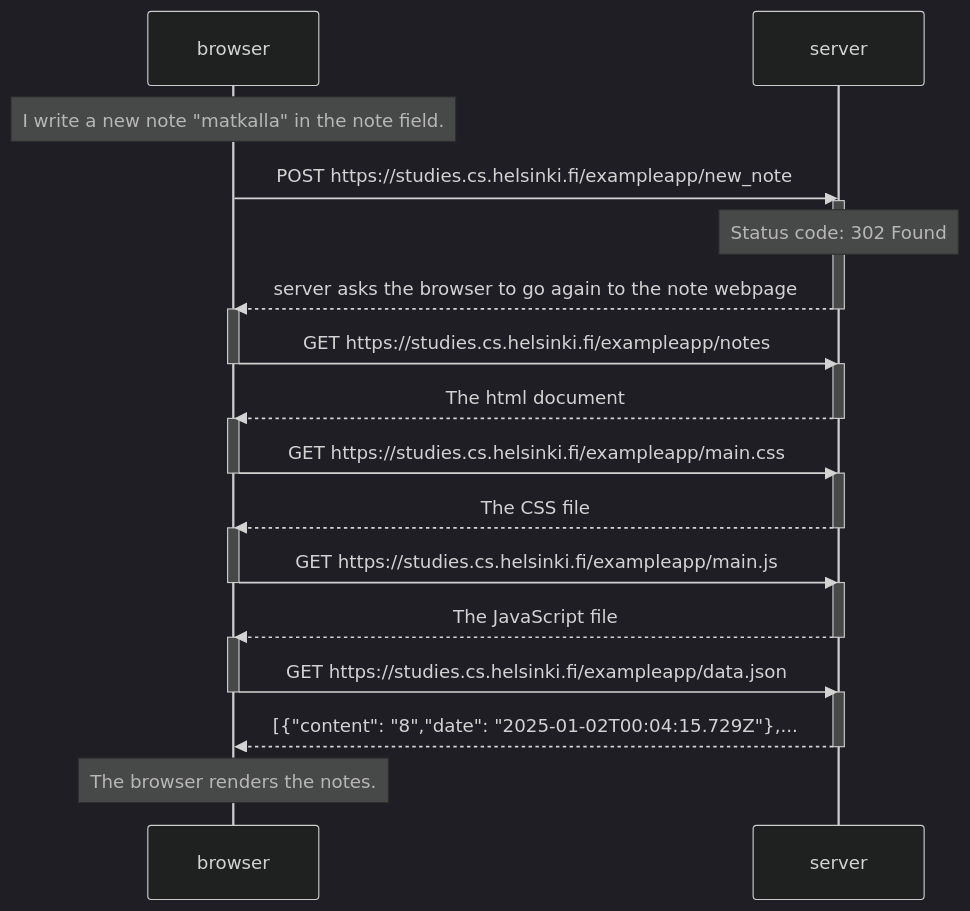
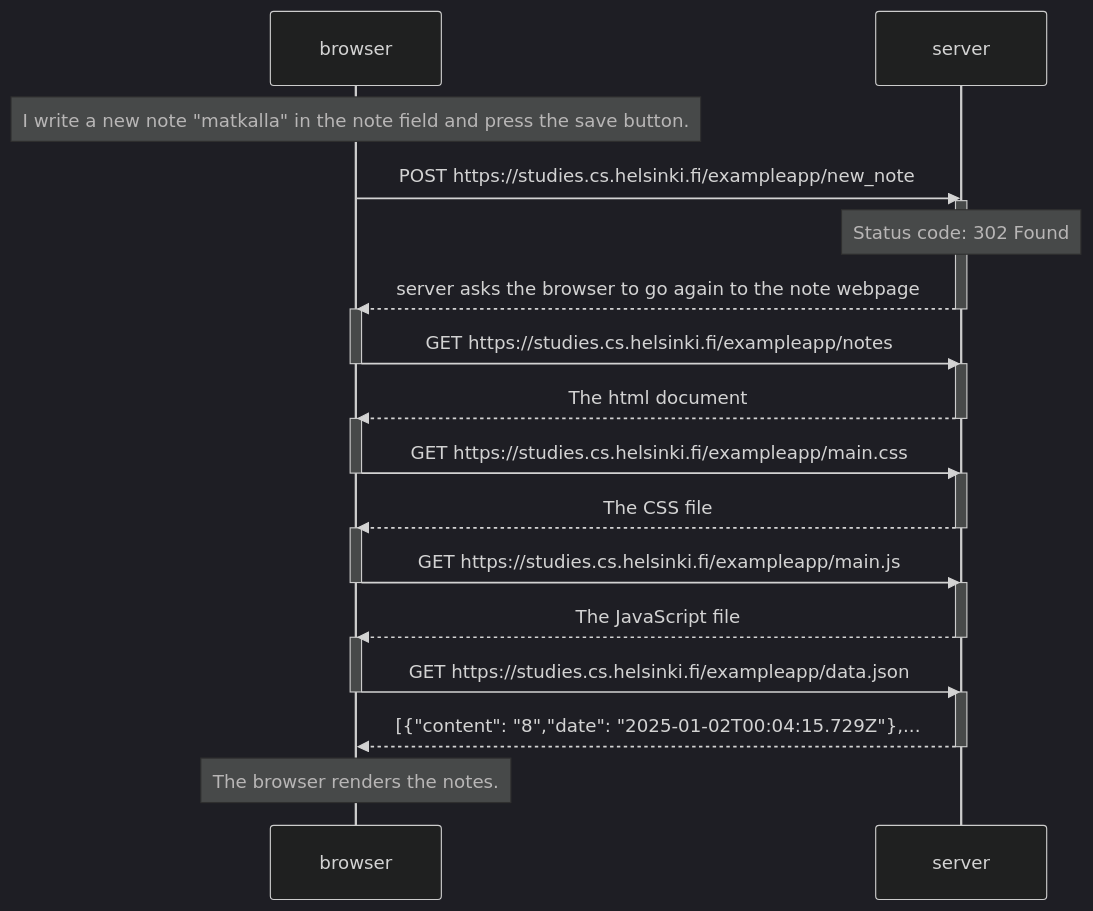
Before and after one commit to TegelVee/Fullstack_exerciserepo: the diagram in osa0/sequencechart.md, drawn with Mermaid (dark theme).

````diff
--- a/osa0/sequencechart.md
+++ b/osa0/sequencechart.md
@@ -3,42 +3,42 @@
 ```mermaid
 sequenceDiagram
   participant browser
   participant server
-  Note over browser: I write a new note "matkalla" in the note field.
+  Note over browser: I write a new note "matkalla" in the note field and press the save button.
   browser->>server: POST https://studies.cs.helsinki.fi/exampleapp/new_note
   activate server
   Note over server: Status code: 302 Found
   server-->>browser: server asks the browser to go again to the note webpage
   deactivate server
   
   activate browser
   browser->>server: GET https://studies.cs.helsinki.fi/exampleapp/notes
   deactivate browser
   activate server
   server-->>browser: The html document
   deactivate server
 
   activate browser
   browser->>server: GET https://studies.cs.helsinki.fi/exampleapp/main.css
   deactivate browser
   activate server
   server-->>browser: The CSS file
   deactivate server
 
   activate browser
   browser->>server: GET https://studies.cs.helsinki.fi/exampleapp/main.js
   deactivate browser
   activate server
   server-->>browser: The JavaScript file
   deactivate server
 
   activate browser
   browser->>server: GET https://studies.cs.helsinki.fi/exampleapp/data.json
   deactivate browser
   activate server
   server-->>browser: [{"content": "8","date": "2025-01-02T00:04:15.729Z"},...
   deactivate server
   activate browser
   Note over browser: The browser renders the notes.
 
 ```
````
